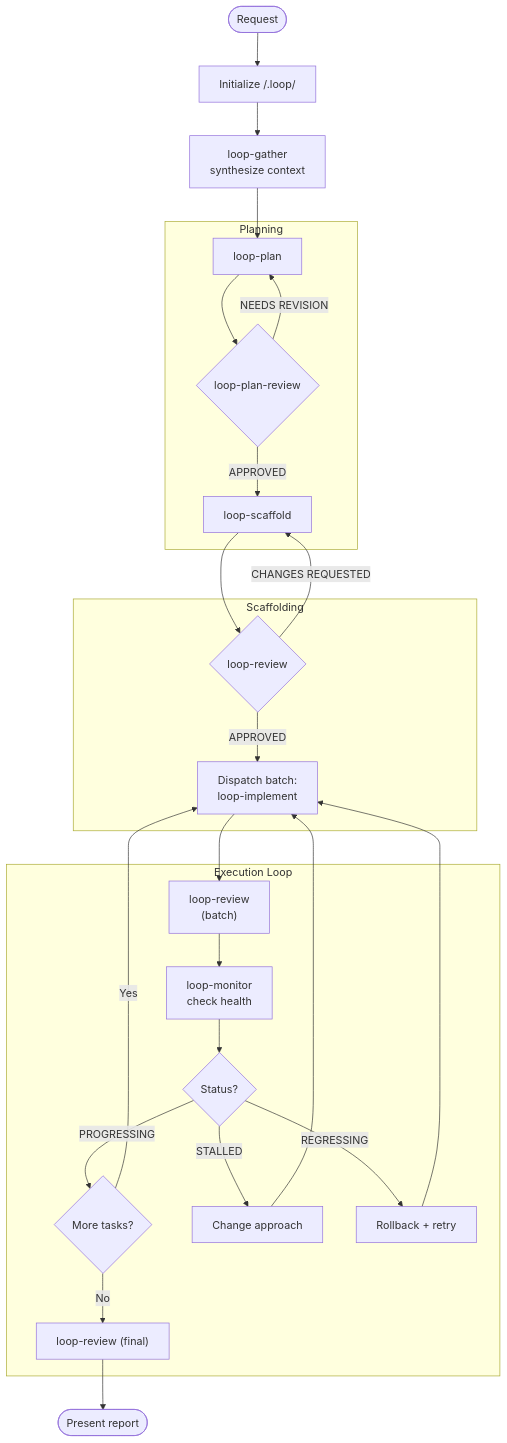
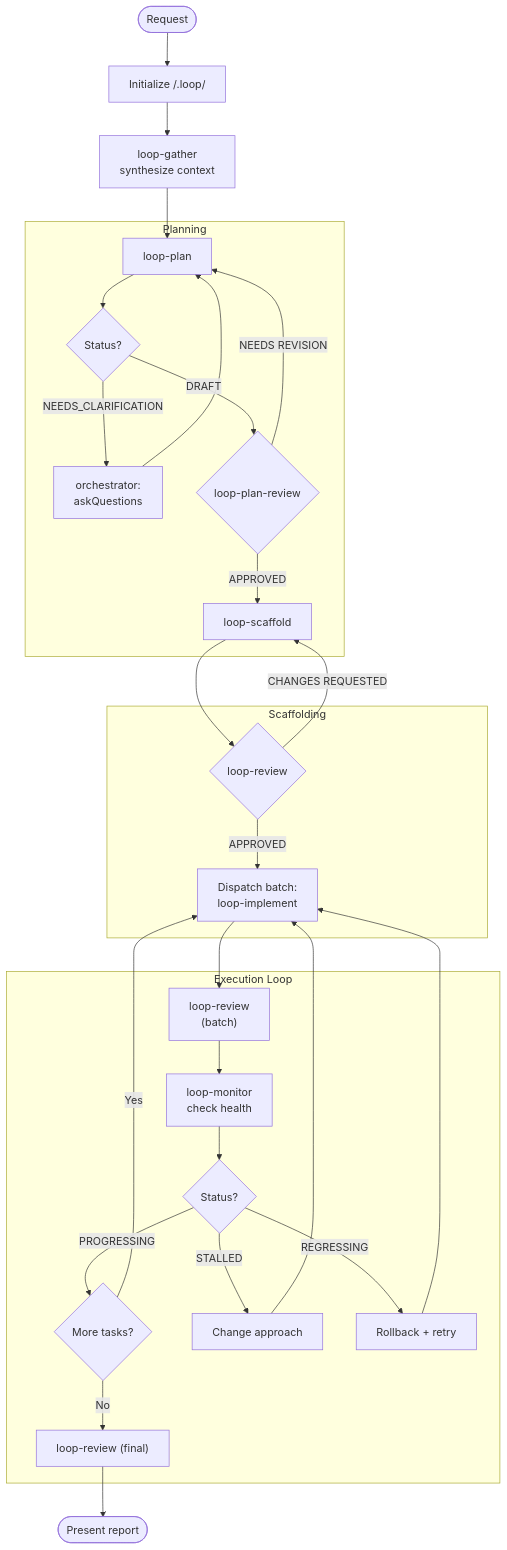
One commit to digitarald/loop-agent changed the diagram in loop.agent.md. Above: the diagram before and after it, drawn with Mermaid. The commit also changed other lines of this file and 10 other files, not shown here.

Commit message:
docs: fix OSCILLATING→FLIP-FLOPPING, expand BLOCKED/NEEDS_CLARIFICATION flows, add LoopReview anti-pattern writes

````diff
--- a/loop.agent.md
+++ b/loop.agent.md
@@ -33,33 +47,36 @@
 ```mermaid
 flowchart TD
     Start([Request]) --> Init
     Init["Initialize /.loop/"] --> Gather
     Gather["loop-gather<br/>synthesize context"] --> Plan
     
     subgraph Planning
-        Plan["loop-plan"] --> Review{"loop-plan-review"}
+        Plan["loop-plan"] --> PlanStatus{Status?}
+        PlanStatus -->|NEEDS_CLARIFICATION| AskUser["orchestrator:<br/>askQuestions"]
+        AskUser --> Plan
+        PlanStatus -->|DRAFT| Review{"loop-plan-review"}
         Review -->|NEEDS REVISION| Plan
         Review -->|APPROVED| Scaffold
     end
     
     subgraph Scaffolding
         Scaffold["loop-scaffold"] --> ScaffoldReview{"loop-review"}
         ScaffoldReview -->|CHANGES REQUESTED| Scaffold
         ScaffoldReview -->|APPROVED| Execute
     end
     
     subgraph Execution ["Execution Loop"]
         Execute["Dispatch batch:<br/>loop-implement"] --> BatchReview
         BatchReview["loop-review<br/>(batch)"] --> Monitor
         Monitor["loop-monitor<br/>check health"] --> Status{Status?}
         Status -->|PROGRESSING| MoreTasks{More tasks?}
         Status -->|STALLED| Recover["Change approach"]
         Status -->|REGRESSING| Rollback["Rollback + retry"]
         Recover --> Execute
         Rollback --> Execute
         MoreTasks -->|Yes| Execute
         MoreTasks -->|No| Final
     end
     
     Final["loop-review (final)"] --> Report([Present report])
 ```
````
